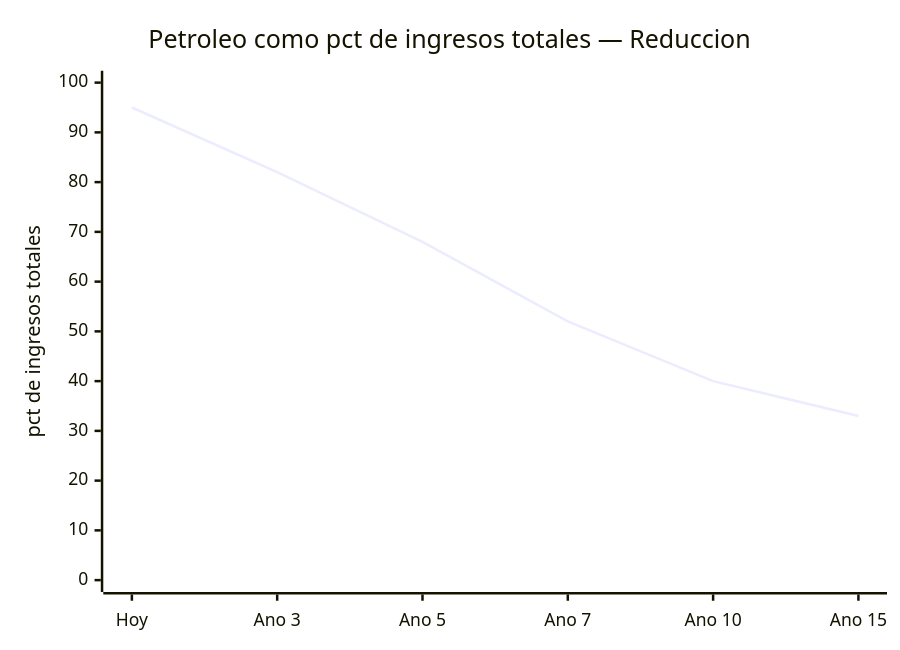
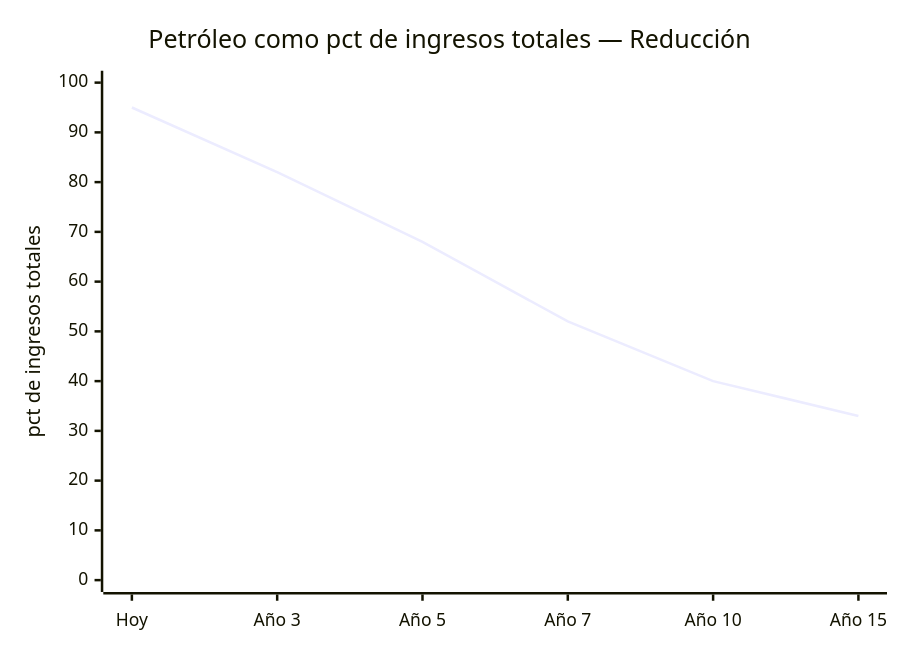
One commit to Venezuela-S-A/venezuela-sa changed the ninth of 10 diagrams in docs/07-ejecucion/el-sueno.md. Above: the diagram before and after it, drawn with Mermaid. The commit also changed other lines of this file and 127 other files, not shown here.

````diff
--- a/docs/07-ejecucion/el-sueno.md
+++ b/docs/07-ejecucion/el-sueno.md
@@ -603,7 +636,7 @@
 ```mermaid
 xychart-beta
-    title "Petroleo como pct de ingresos totales — Reduccion"
-    x-axis ["Hoy", "Ano 3", "Ano 5", "Ano 7", "Ano 10", "Ano 15"]
+    title "Petróleo como pct de ingresos totales — Reducción"
+    x-axis ["Hoy", "Año 3", "Año 5", "Año 7", "Año 10", "Año 15"]
     y-axis "pct de ingresos totales" 0 --> 100
     line [95, 82, 68, 52, 40, 33]
 ```
````
